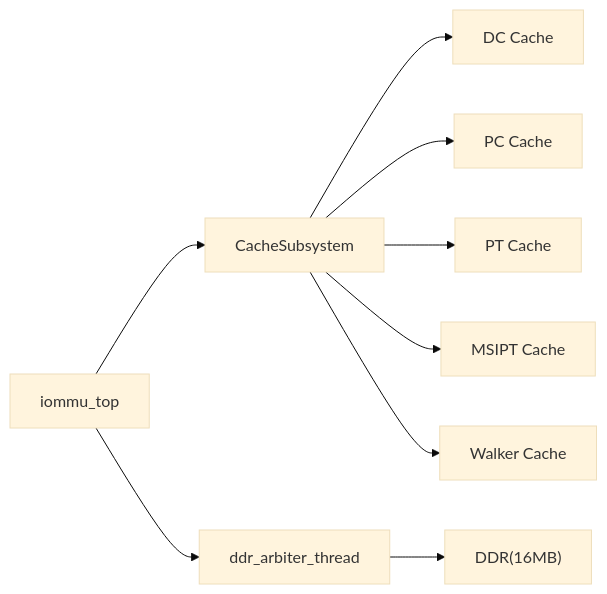
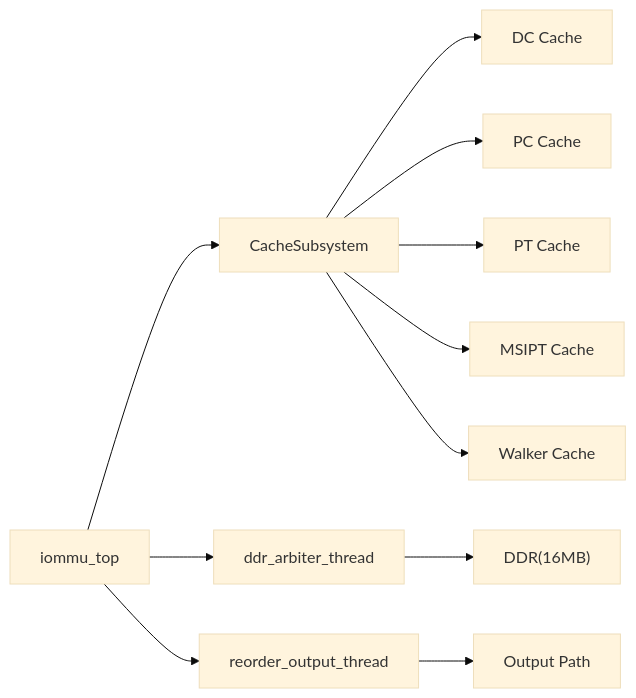
The third of 3 diagrams in .qoder/repowiki/zh/content/核心架构/内存管理.md (jiangjiang1122/iommu_model_20260401_v1), drawn with Mermaid (base theme) before and after one commit. The commit also changed other lines of this file and 159 other files, not shown here.

Commit message:
chore: 更新知识库文档 + 新增PTW并发分析图表与数据文件

````diff
--- a/.qoder/repowiki/zh/content/核心架构/内存管理.md
+++ b/.qoder/repowiki/zh/content/核心架构/内存管理.md
@@ -290,11 +361,13 @@
 ```mermaid
 graph LR
 TOP["iommu_top"] --> SUB["CacheSubsystem"]
 TOP --> ARB["ddr_arbiter_thread"]
 SUB --> DC["DC Cache"]
 SUB --> PC["PC Cache"]
 SUB --> PT["PT Cache"]
 SUB --> MSI["MSIPT Cache"]
 SUB --> WK["Walker Cache"]
 ARB --> DDR["DDR(16MB)"]
+TOP --> REORDER["reorder_output_thread"]
+REORDER --> OUT["Output Path"]
 ```
````
